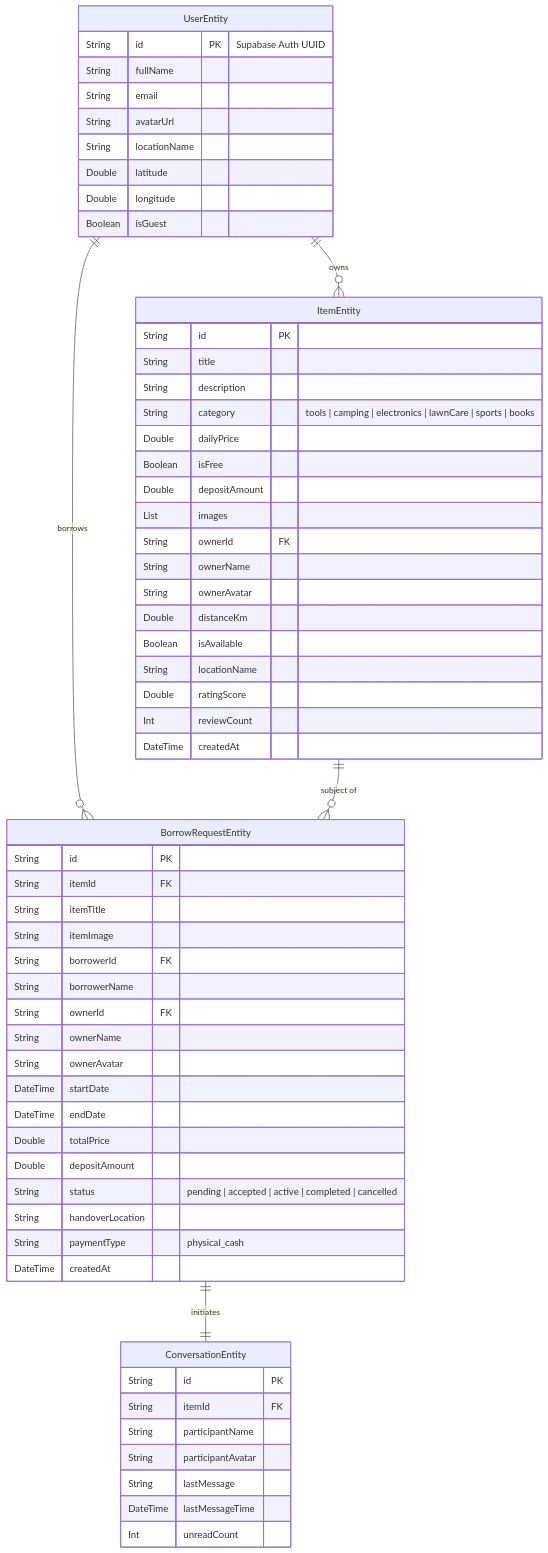
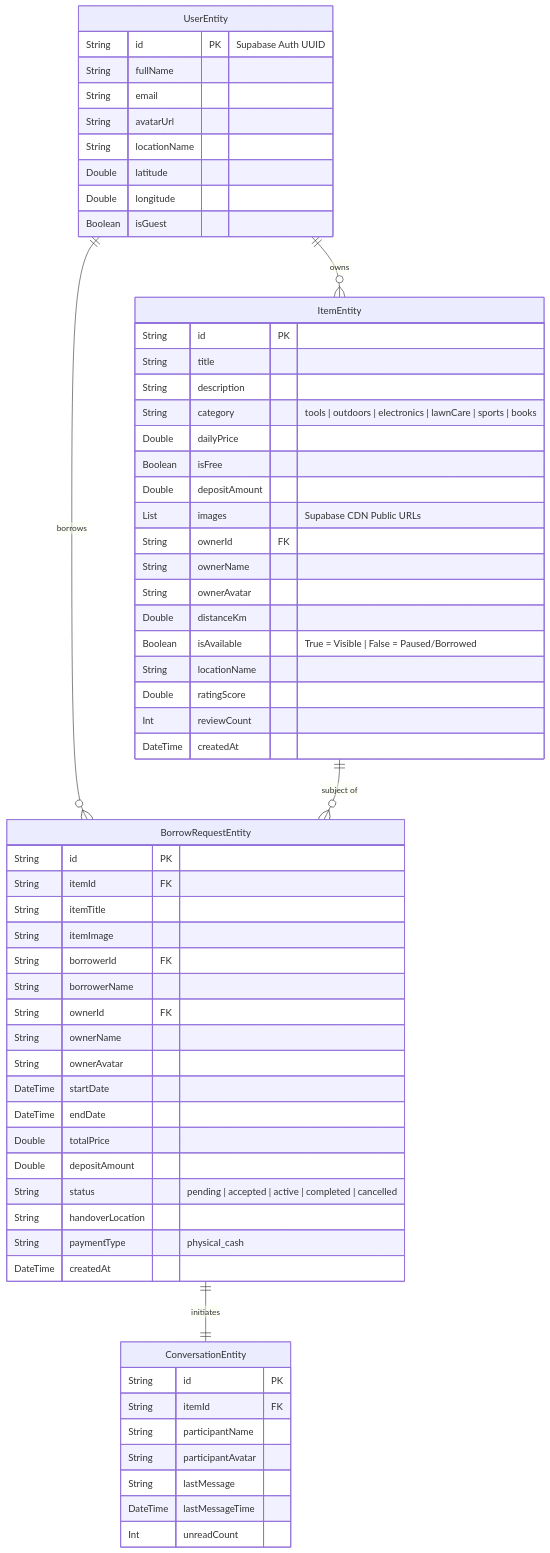
The second of 2 diagrams in ARCHITECTURE.md (AnsilKM/Borrowly), drawn with Mermaid before and after one commit. The commit also changed other lines of this file and 67 other files, not shown here.

Commit message:
feat: initialize project architecture, authentication, item management, and navigation features

````diff
--- a/ARCHITECTURE.md
+++ b/ARCHITECTURE.md
@@ -86,68 +94,68 @@
 ```mermaid
 erDiagram
     UserEntity ||--o{ ItemEntity : "owns"
     UserEntity ||--o{ BorrowRequestEntity : "borrows"
     ItemEntity ||--o{ BorrowRequestEntity : "subject of"
     BorrowRequestEntity ||--|| ConversationEntity : "initiates"
 
     UserEntity {
         String id PK "Supabase Auth UUID"
         String fullName
         String email
         String avatarUrl
         String locationName
         Double latitude
         Double longitude
         Boolean isGuest
     }
 
     ItemEntity {
         String id PK
         String title
         String description
-        String category "tools | camping | electronics | lawnCare | sports | books"
+        String category "tools | outdoors | electronics | lawnCare | sports | books"
         Double dailyPrice
         Boolean isFree
         Double depositAmount
-        List images
+        List images "Supabase CDN Public URLs"
         String ownerId FK
         String ownerName
         String ownerAvatar
         Double distanceKm
-        Boolean isAvailable
+        Boolean isAvailable "True = Visible | False = Paused/Borrowed"
         String locationName
         Double ratingScore
         Int reviewCount
         DateTime createdAt
     }
 
     BorrowRequestEntity {
         String id PK
         String itemId FK
         String itemTitle
         String itemImage
         String borrowerId FK
         String borrowerName
         String ownerId FK
         String ownerName
         String ownerAvatar
         DateTime startDate
         DateTime endDate
         Double totalPrice
         Double depositAmount
         String status "pending | accepted | active | completed | cancelled"
         String handoverLocation
         String paymentType "physical_cash"
         DateTime createdAt
     }
 
     ConversationEntity {
         String id PK
         String itemId FK
         String participantName
         String participantAvatar
         String lastMessage
         DateTime lastMessageTime
         Int unreadCount
     }
 ```
````
